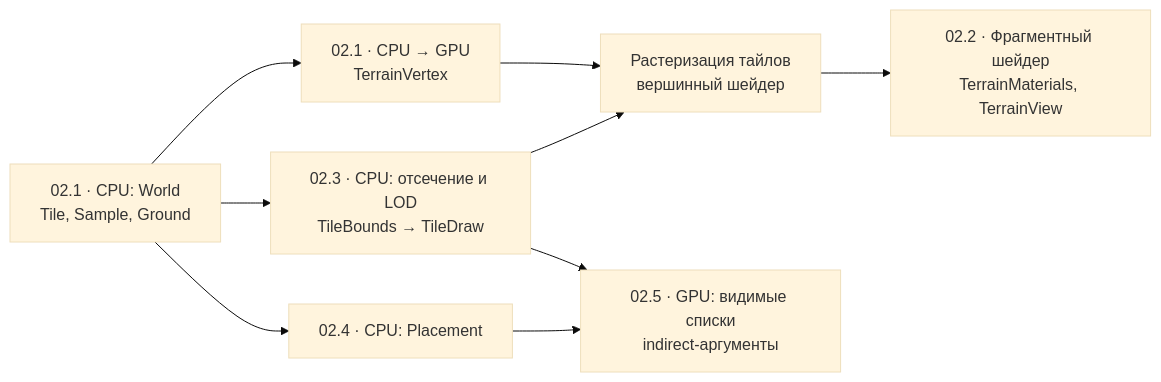
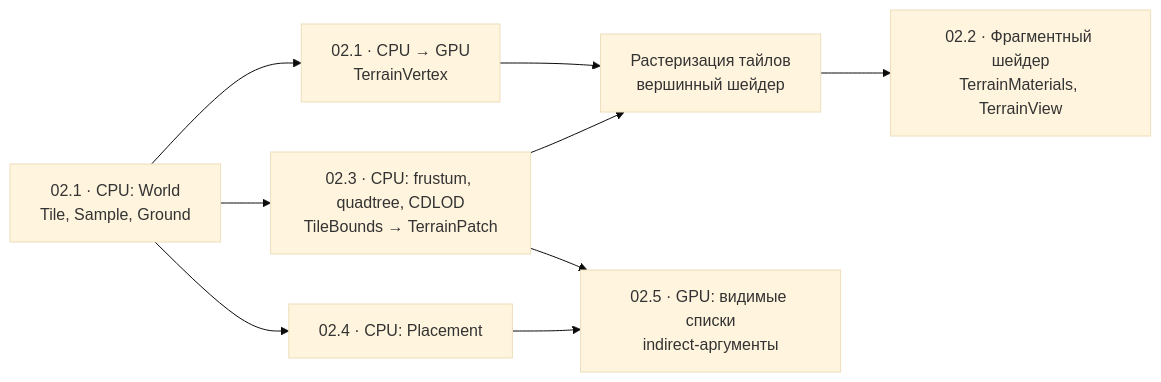
The diagram in specs/02-terrain-biomes.md (vladislav-vasilenko/mycelium-engine), drawn with Mermaid (base theme) before and after one commit. The commit also changed other lines of this file and 14 other files, not shown here.

````diff
--- a/specs/02-terrain-biomes.md
+++ b/specs/02-terrain-biomes.md
@@ -29,11 +30,11 @@
 ```mermaid
 flowchart LR
     data["02.1 · CPU: World<br/>Tile, Sample, Ground"] --> mesh["02.1 · CPU → GPU<br/>TerrainVertex"]
-    data --> lod["02.3 · CPU: отсечение и LOD<br/>TileBounds → TileDraw"]
+    data --> lod["02.3 · CPU: frustum, quadtree, CDLOD<br/>TileBounds → TerrainPatch"]
     data --> veg["02.4 · CPU: Placement"]
     mesh --> raster["Растеризация тайлов<br/>вершинный шейдер"]
     lod --> raster
     raster --> mat["02.2 · Фрагментный шейдер<br/>TerrainMaterials, TerrainView"]
     veg --> gpu["02.5 · GPU: видимые списки<br/>indirect-аргументы"]
     lod --> gpu
 ```
````
